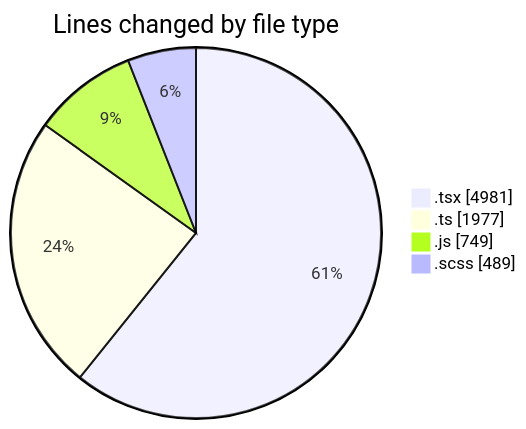
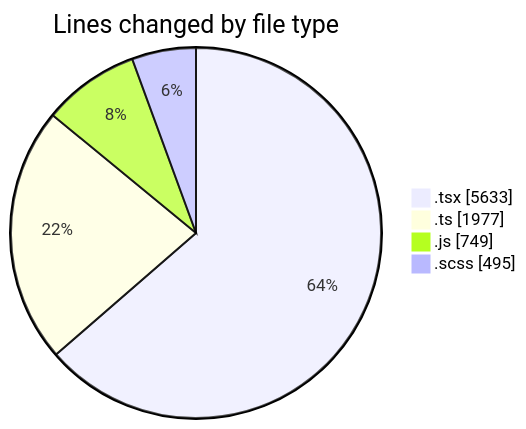
The first of 2 diagrams in 2026-06-10/cda/README.md (momahboobian/code-tracking), drawn with Mermaid before and after one commit. The commit also changed other lines of this file and 1 other file, not shown here.

````diff
--- a/2026-06-10/cda/README.md
+++ b/2026-06-10/cda/README.md
@@ -57,8 +58,8 @@
 ```mermaid
 pie showData
 title Lines changed by file type
-".tsx" : 4981
+".tsx" : 5633
 ".ts" : 1977
 ".js" : 749
-".scss" : 489
+".scss" : 495
 ```
````
